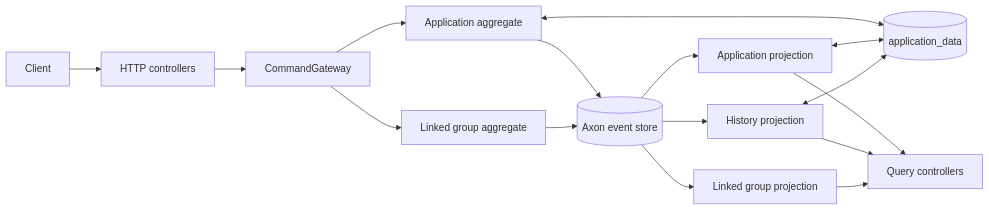
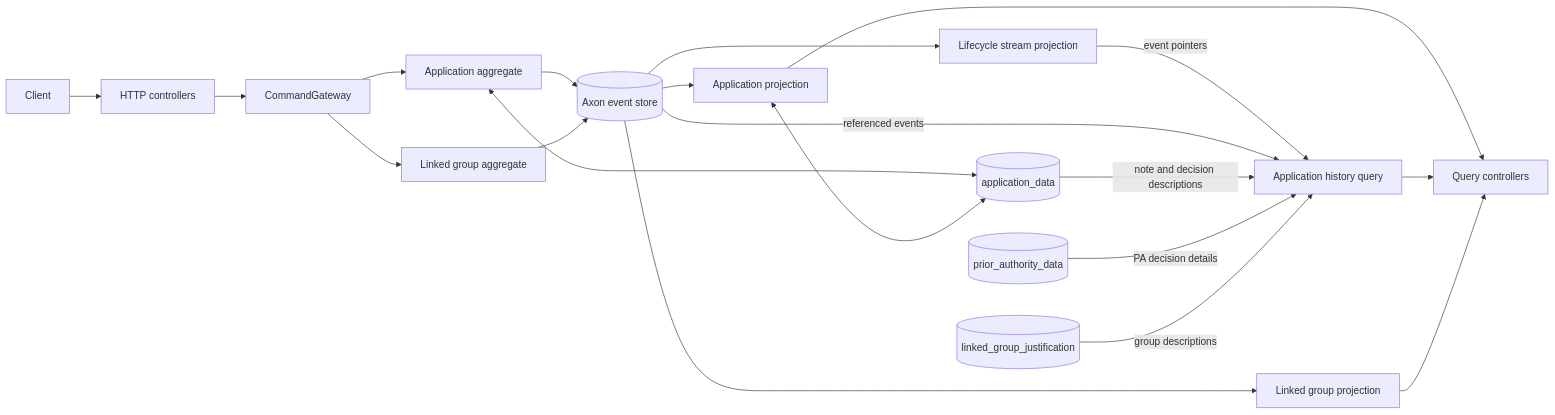
One commit to ministryofjustice/laa-data-access-api changed the diagram in data-access-service-axon/docs/architecture.md. Above: the diagram before and after it, drawn with Mermaid. The commit also changed other lines of this file and 6 other files, not shown here.

Commit message:
docs: DSTEW-2702 update docs for application history changes (#649)

````diff
--- a/data-access-service-axon/docs/architecture.md
+++ b/data-access-service-axon/docs/architecture.md
@@ -6,18 +6,22 @@
 ```mermaid
 flowchart LR
     Client --> Controller[HTTP controllers]
     Controller --> CG[CommandGateway]
     CG --> AA[Application aggregate]
     CG --> GA[Linked group aggregate]
     AA --> ES[(Axon event store)]
     GA --> ES
     AA <--> AD[(application_data)]
     ES --> AP[Application projection]
-    ES --> HP[History projection]
+    ES --> LP[Lifecycle stream projection]
     ES --> GP[Linked group projection]
     AP <--> AD
-    HP <--> AD
+    LP -->|event pointers| H[Application history query]
+    ES -->|referenced events| H
+    AD -->|note and decision descriptions| H
+    PA[(prior_authority_data)] -->|PA decision details| H
+    J[(linked_group_justification)] -->|group descriptions| H
     AP --> Query[Query controllers]
-    HP --> Query
+    H --> Query
     GP --> Query
 ```
````
